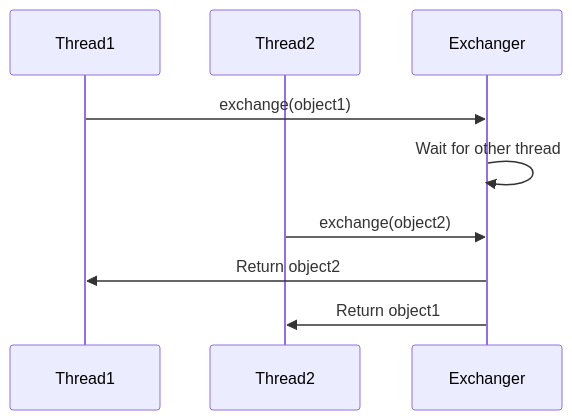
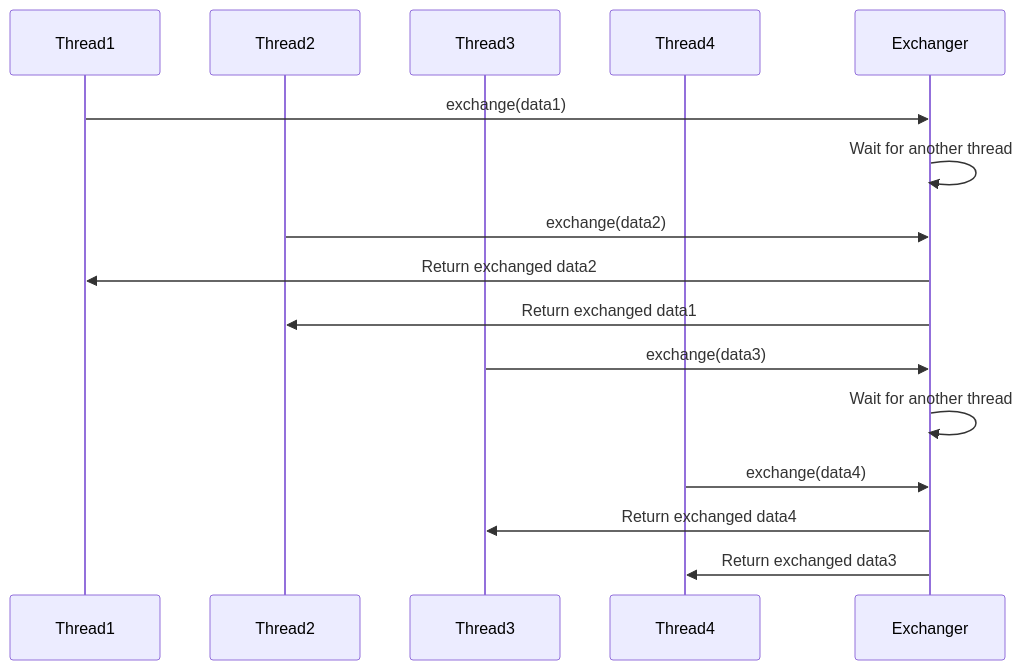
One commit to dtherhtun/Learning-Java changed the fourth of 5 diagrams in src/com/turing/javase4thbatch/synchronizers/README.md. Above: the diagram before and after it, drawn with Mermaid. The commit also changed other lines of this file, not shown here.

````diff
--- a/src/com/turing/javase4thbatch/synchronizers/README.md
+++ b/src/com/turing/javase4thbatch/synchronizers/README.md
@@ -89,12 +137,20 @@
 ```mermaid
 sequenceDiagram
     participant Thread1
     participant Thread2
+    participant Thread3
+    participant Thread4
     participant Exchanger
 
-    Thread1->>Exchanger: exchange(object1)
-    Exchanger->>Exchanger: Wait for other thread
-    Thread2->>Exchanger: exchange(object2)
-    Exchanger->>Thread1: Return object2
-    Exchanger->>Thread2: Return object1
+    Thread1->>Exchanger: exchange(data1)
+    Exchanger->>Exchanger: Wait for another thread
+    Thread2->>Exchanger: exchange(data2)
+    Exchanger->>Thread1: Return exchanged data2
+    Exchanger->>Thread2: Return exchanged data1
+    Thread3->>Exchanger: exchange(data3)
+    Exchanger->>Exchanger: Wait for another thread
+    Thread4->>Exchanger: exchange(data4)
+    Exchanger->>Thread3: Return exchanged data4
+    Exchanger->>Thread4: Return exchanged data3
+    
 ```
````
